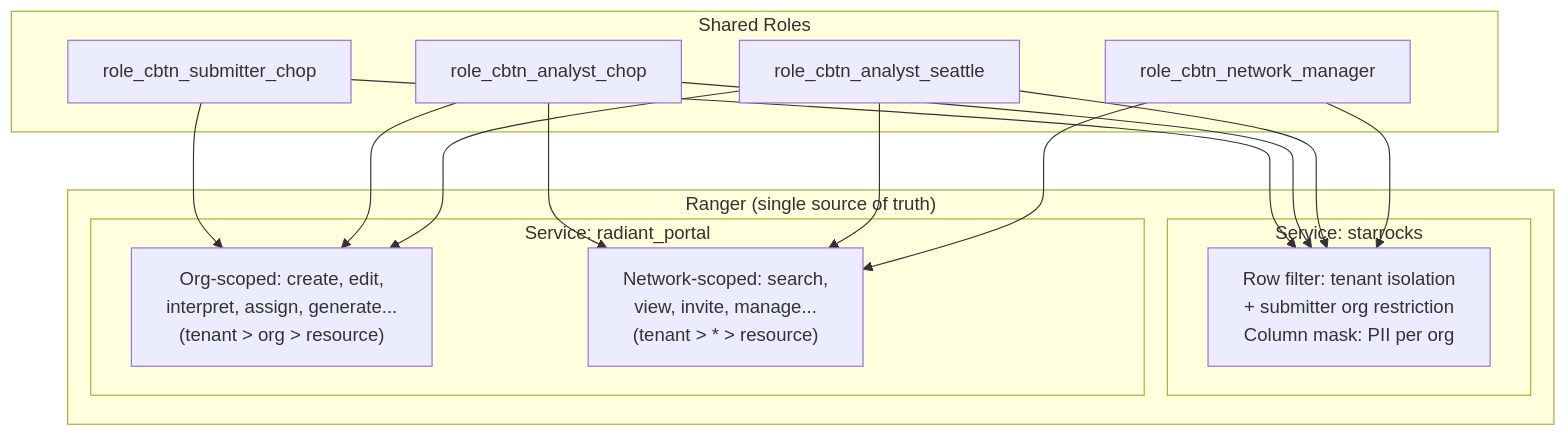
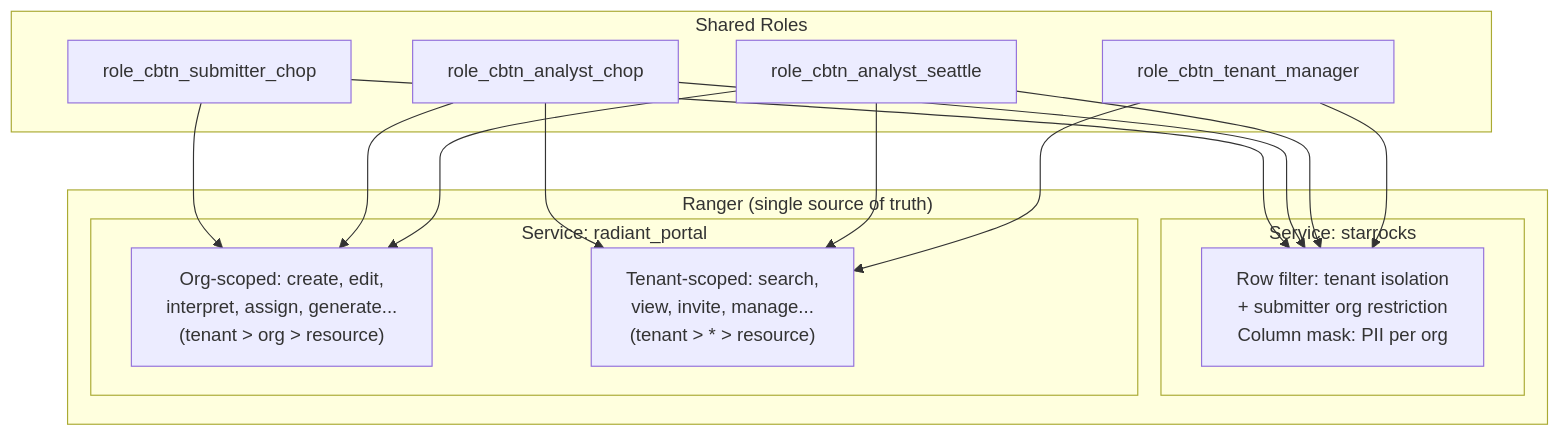
One commit to radiant-network/radiant-portal changed the second of 3 diagrams in docs/adr/ranger-poc/README.md. Above: the diagram before and after it, drawn with Mermaid. The commit also changed other lines of this file and 4 other files, not shown here.

Commit message:
docs(adr): SJRA-0000 rename network to tenant in ranger poc

````diff
--- a/docs/adr/ranger-poc/README.md
+++ b/docs/adr/ranger-poc/README.md
@@ -35,30 +35,30 @@
 ```mermaid
 graph TB
     subgraph "Ranger (single source of truth)"
         subgraph "Service: starrocks"
             SR_P["Row filter: tenant isolation<br/>+ submitter org restriction<br/>Column mask: PII per org"]
         end
         subgraph "Service: radiant_portal"
             P_ORG["Org-scoped: create, edit,<br/>interpret, assign, generate...<br/>(tenant > org > resource)"]
-            P_NET["Network-scoped: search,<br/>view, invite, manage...<br/>(tenant > * > resource)"]
+            P_NET["Tenant-scoped: search,<br/>view, invite, manage...<br/>(tenant > * > resource)"]
         end
     end
 
     subgraph "Shared Roles"
         R1["role_cbtn_submitter_chop"]
         R2["role_cbtn_analyst_chop"]
         R3["role_cbtn_analyst_seattle"]
-        R4["role_cbtn_network_manager"]
+        R4["role_cbtn_tenant_manager"]
     end
 
     R1 --> SR_P
     R1 --> P_ORG
     R2 --> SR_P
     R2 --> P_ORG
     R2 --> P_NET
     R3 --> SR_P
     R3 --> P_ORG
     R3 --> P_NET
     R4 --> SR_P
     R4 --> P_NET
 ```
````
